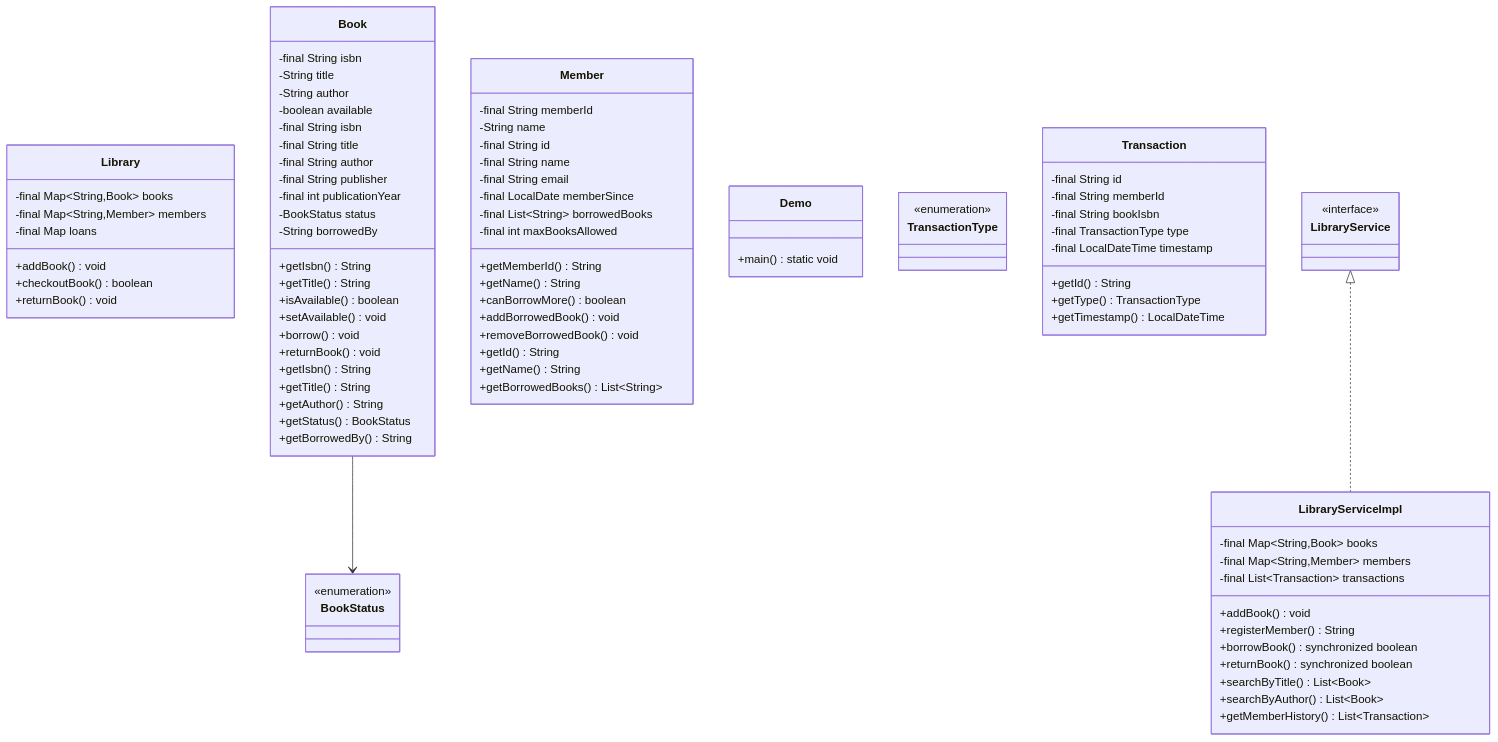
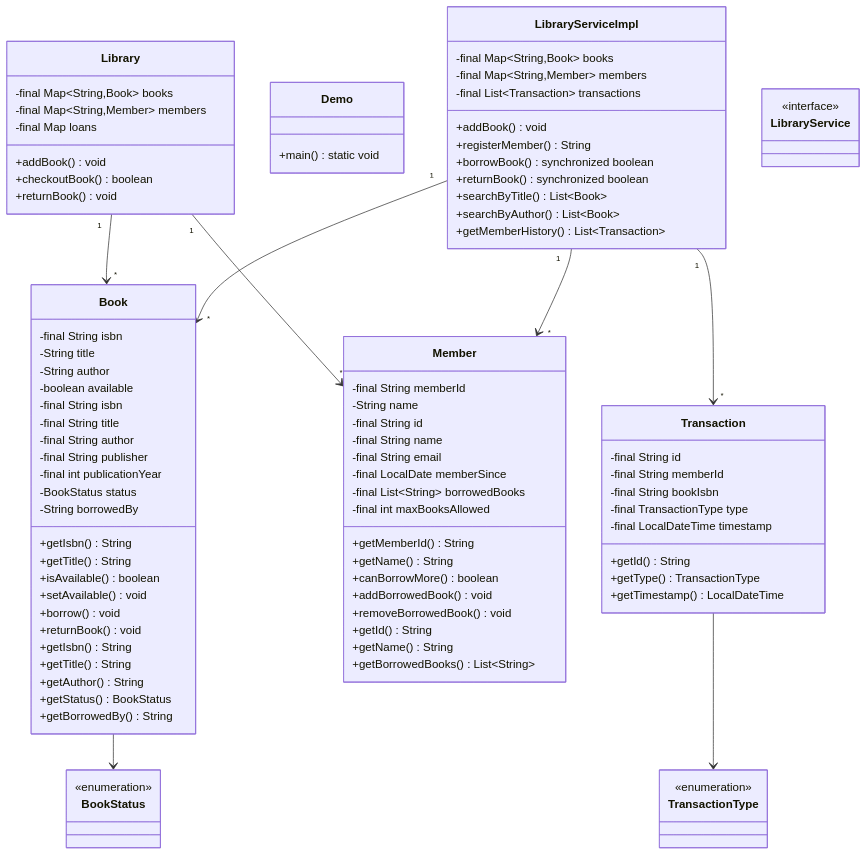
The diagram in docs/problems/library/README.md (dlkr18/lld-playbook), drawn with Mermaid before and after one commit. The commit also changed 119 other files, not shown here.

First line of the commit message:
feat: add comprehensive relationships to all class diagrams

````diff
--- a/docs/problems/library/README.md
+++ b/docs/problems/library/README.md
@@ -190,6 +190,11 @@
     class LibraryService
     <<interface>> LibraryService
 
-    LibraryService <|.. LibraryServiceImpl
+    Library "1" --> "*" Book
+    Library "1" --> "*" Member
     Book --> BookStatus
+    LibraryServiceImpl "1" --> "*" Book
+    LibraryServiceImpl "1" --> "*" Member
+    LibraryServiceImpl "1" --> "*" Transaction
+    Transaction --> TransactionType
 ```
````
